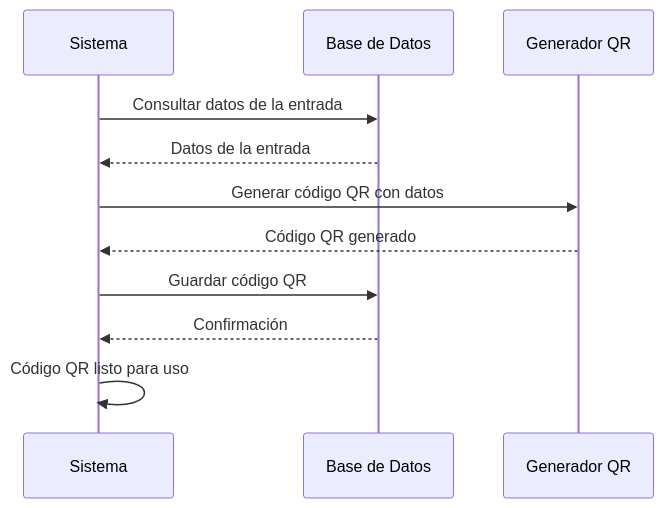
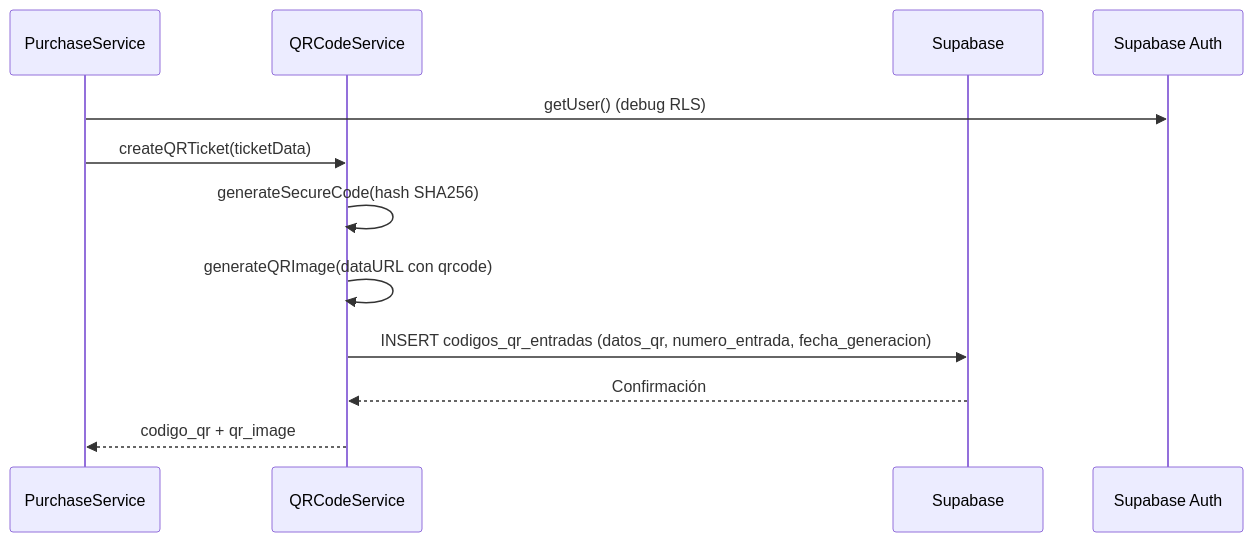
Before and after one commit to Deibyd07/Gestion-de-Eventos: diagram 14 of 33 in Documentacion/Diagramas/Diagrama_Secuencias.md, drawn with Mermaid. The commit also changed other lines of this file, not shown here.

Commit message:
Update sequence diagrams to reflect actual implementation

````diff
--- a/Documentacion/Diagramas/Diagrama_Secuencias.md
+++ b/Documentacion/Diagramas/Diagrama_Secuencias.md
@@ -316,14 +275,15 @@
 ```mermaid
 sequenceDiagram
-    participant Sistema
-    participant BD as Base de Datos
-    participant QR as Generador QR
-    
-    Sistema->>BD: Consultar datos de la entrada
-    BD-->>Sistema: Datos de la entrada
-    Sistema->>QR: Generar código QR con datos
-    QR-->>Sistema: Código QR generado
-    Sistema->>BD: Guardar código QR
-    BD-->>Sistema: Confirmación
-    Sistema->>Sistema: Código QR listo para uso
+    participant Purchase as PurchaseService
+    participant QR as QRCodeService
+    participant BD as Supabase
+    participant Auth as Supabase Auth
+
+    Purchase->>Auth: getUser() (debug RLS)
+    Purchase->>QR: createQRTicket(ticketData)
+    QR->>QR: generateSecureCode(hash SHA256)
+    QR->>QR: generateQRImage(dataURL con qrcode)
+    QR->>BD: INSERT codigos_qr_entradas (datos_qr, numero_entrada, fecha_generacion)
+    BD-->>QR: Confirmación
+    QR-->>Purchase: codigo_qr + qr_image
 ```
````
